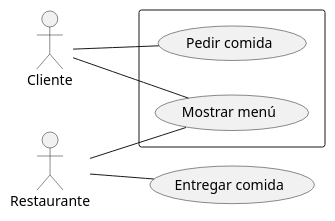
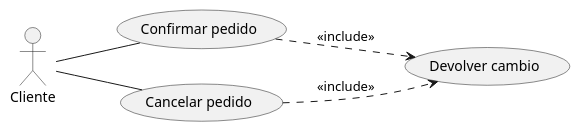
Before and after one commit to carniedom/EDEUD12_EJ1_CND: the diagram in UD12_EJ1_CND/CasosUsoEj1.puml, drawn with PlantUML.

Commit message:
Elemento Inclusión

```diff
--- a/UD12_EJ1_CND/CasosUsoEj1.puml
+++ b/UD12_EJ1_CND/CasosUsoEj1.puml
@@ -1,14 +1,11 @@
 @startuml
 left to right direction
 actor :Cliente:
-actor :Restaurante:
-rectangle {
-    usecase "Mostrar menú" as menu
-    usecase "Pedir comida" as pedido
-}
-usecase "Entregar comida" as entrega
-:Cliente: -- menu
-:Cliente: -- pedido
-:Restaurante: -- menu
-:Restaurante: -- entrega
+usecase "Confirmar pedido" as confirmar
+usecase "Cancelar pedido" as cancelar
+usecase "Devolver cambio" as devolver
+:Cliente: -- confirmar
+:Cliente: -- cancelar
+confirmar ..> devolver :<<include>>
+cancelar ..> devolver :<<include>>
 @enduml
```
